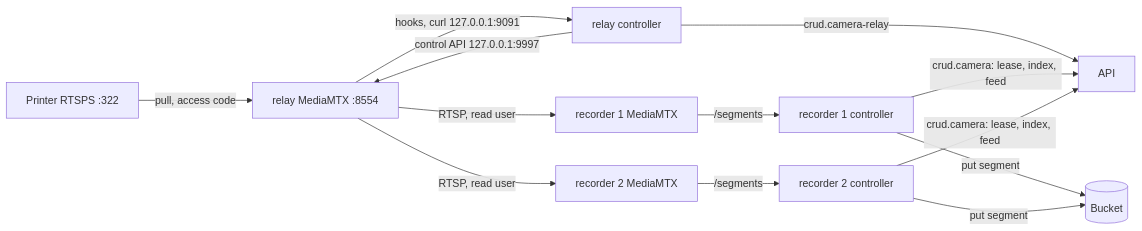
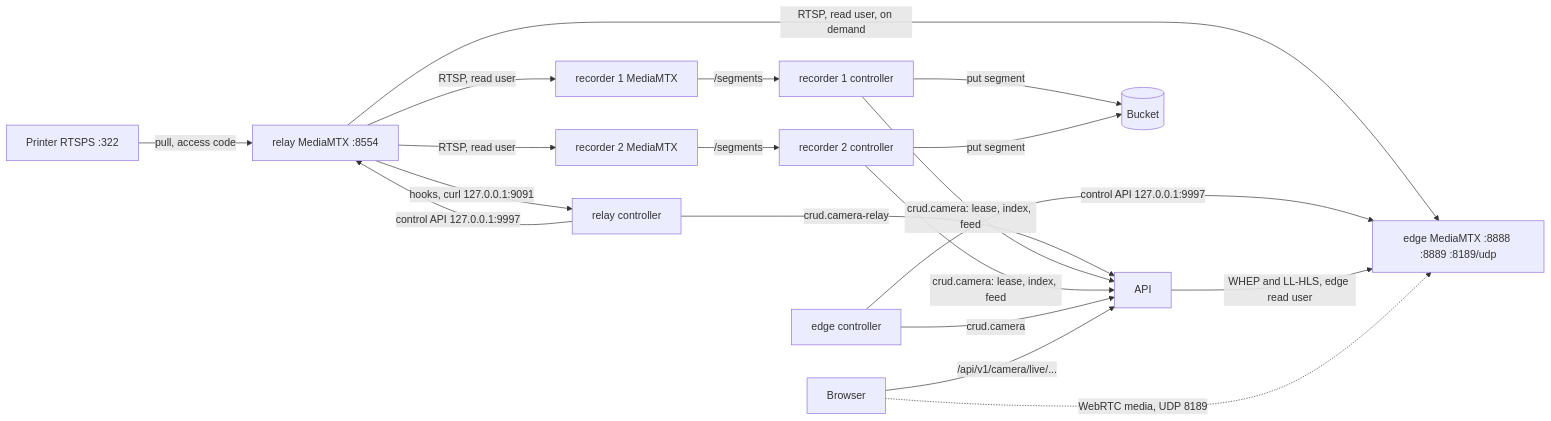
One commit to eh-homelab/ScadBuddy changed the diagram in docs/features/printer-cameras.md. Above: the diagram before and after it, drawn with Mermaid. The commit also changed other lines of this file and 10 other files, not shown here.

First line of the commit message:
docs(camera): the live view (#7330)

````diff
--- a/docs/features/printer-cameras.md
+++ b/docs/features/printer-cameras.md
@@ -27,12 +28,18 @@
 ```mermaid
 flowchart LR
     PR[Printer RTSPS :322] -->|pull, access code| RM[relay MediaMTX :8554]
     RC[relay controller] -->|control API 127.0.0.1:9997| RM
     RM -->|hooks, curl 127.0.0.1:9091| RC
     RC -->|crud.camera-relay| API
     RM -->|RTSP, read user| M1[recorder 1 MediaMTX] & M2[recorder 2 MediaMTX]
     M1 -->|/segments| C1[recorder 1 controller]
     M2 -->|/segments| C2[recorder 2 controller]
     C1 & C2 -->|crud.camera: lease, index, feed| API
     C1 & C2 -->|put segment| S3[(Bucket)]
+    RM -->|RTSP, read user, on demand| EM[edge MediaMTX :8888 :8889 :8189/udp]
+    EC[edge controller] -->|control API 127.0.0.1:9997| EM
+    EC -->|crud.camera| API
+    API -->|WHEP and LL-HLS, edge read user| EM
+    Browser -->|/api/v1/camera/live/...| API
+    Browser -.->|WebRTC media, UDP 8189| EM
 ```
````
